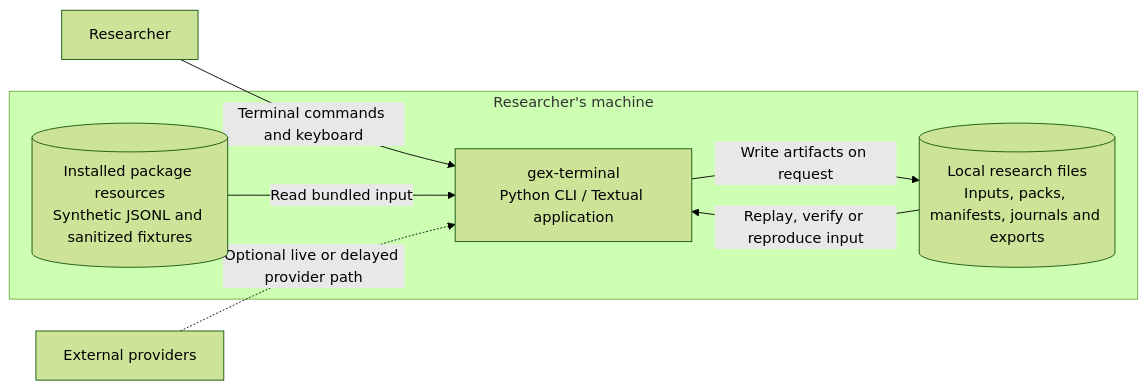
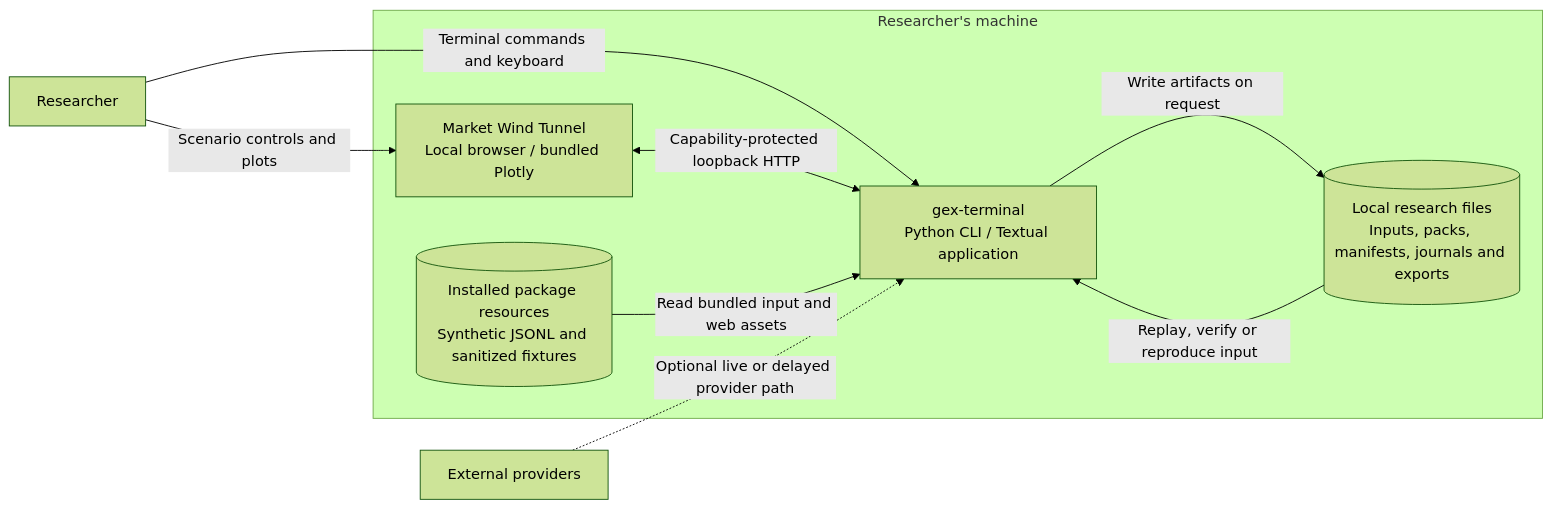
The second of 3 diagrams in docs/architecture.md (zrack/gex-terminal), drawn with Mermaid (forest theme) before and after one commit. The commit also changed other lines of this file and 55 other files, not shown here.

Commit message:
Build offline Market Wind Tunnel with reproducible experiments

````diff
--- a/docs/architecture.md
+++ b/docs/architecture.md
@@ -43,15 +44,18 @@
 ```mermaid
 flowchart LR
     researcher["Researcher"]
     providers["External providers"]
     subgraph local["Researcher's machine"]
         application["gex-terminal<br/>Python CLI / Textual application"]
+        browser["Market Wind Tunnel<br/>Local browser / bundled Plotly"]
         package[("Installed package resources<br/>Synthetic JSONL and sanitized fixtures")]
         files[("Local research files<br/>Inputs, packs, manifests, journals and exports")]
     end
     researcher -->|Terminal commands and keyboard| application
-    package -->|Read bundled input| application
+    researcher -->|Scenario controls and plots| browser
+    browser <-->|Capability-protected loopback HTTP| application
+    package -->|Read bundled input and web assets| application
     files -->|Replay, verify or reproduce input| application
     application -->|Write artifacts on request| files
     providers -.->|Optional live or delayed provider path| application
 ```
````
